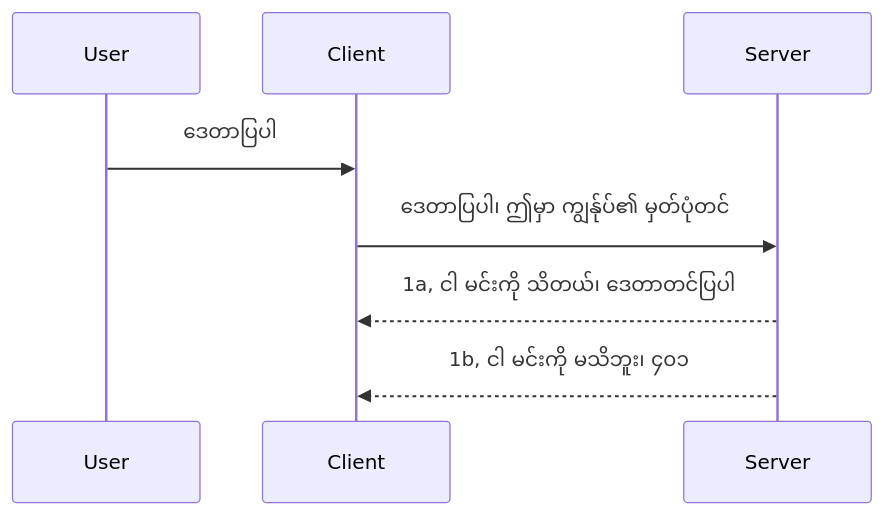
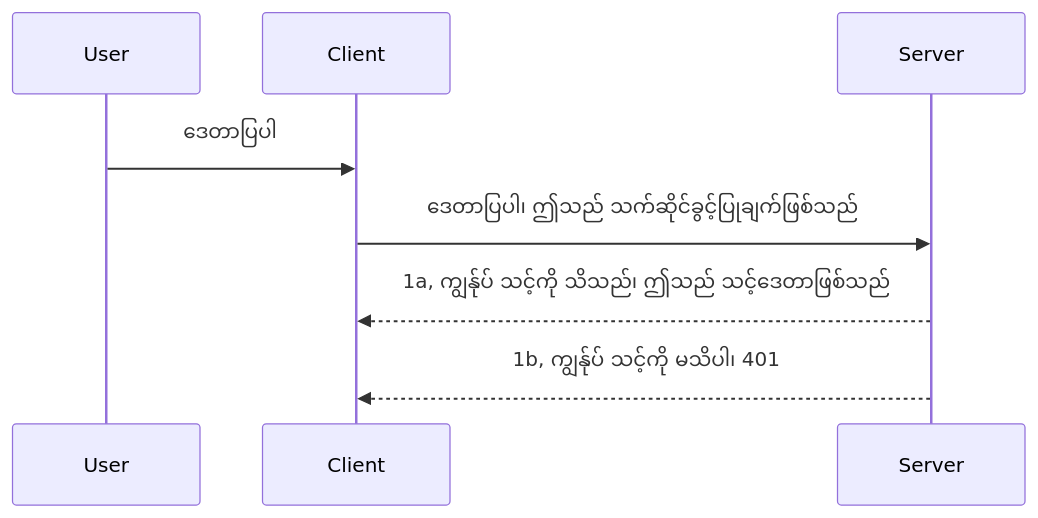
One commit to HIDORAKAI002/ai-workspace-archive changed the diagram in mcp_ecosystem__model_context_protocol/mcp_learning_resources/mcp-for-beginners/translations/my/03-GettingStarted/11-simple-auth/README.md. Above: the diagram before and after it, drawn with Mermaid. The commit also changed other lines of this file and 1160 other files, not shown here.

````diff
--- a/mcp_ecosystem__model_context_protocol/mcp_learning_resources/mcp-for-beginners/translations/my/03-GettingStarted/11-simple-auth/README.md
+++ b/mcp_ecosystem__model_context_protocol/mcp_learning_resources/mcp-for-beginners/translations/my/03-GettingStarted/11-simple-auth/README.md
@@ -24,11 +24,11 @@
 ```mermaid
 sequenceDiagram
    participant User
    participant Client
    participant Server
 
    User->>Client: ဒေတာပြပါ
-   Client->>Server: ဒေတာပြပါ၊ ဤမှာ ကျွန်ုပ်၏ မှတ်ပုံတင်
-   Server-->>Client: 1a, ငါ မင်းကို သိတယ်၊ ဒေတာတင်ပြပါ
-   Server-->>Client: 1b, ငါ မင်းကို မသိဘူး၊ ၄၀၁
+   Client->>Server: ဒေတာပြပါ၊ ဤသည် သက်ဆိုင်ခွင့်ပြုချက်ဖြစ်သည်
+   Server-->>Client: 1a, ကျွန်ုပ် သင့်ကို သိသည်၊ ဤသည် သင့်ဒေတာဖြစ်သည်
+   Server-->>Client: 1b, ကျွန်ုပ် သင့်ကို မသိပါ၊ 401 
 ```
````
